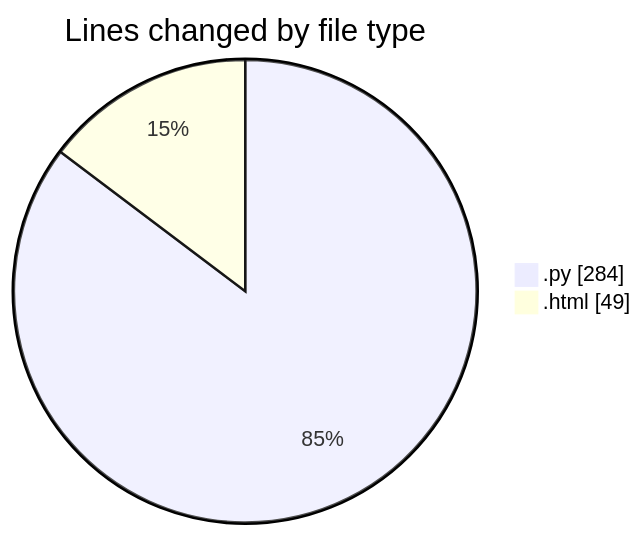
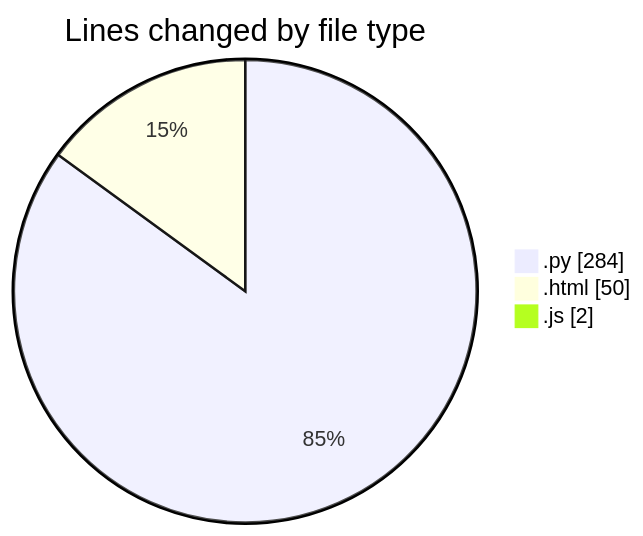
One commit to Ritupan-Deka/code-tracking changed the first of 2 diagrams in 2025-01-21/projects/README.md. Above: the diagram before and after it, drawn with Mermaid. The commit also changed other lines of this file and 1 other file, not shown here.

````diff
--- a/2025-01-21/projects/README.md
+++ b/2025-01-21/projects/README.md
@@ -24,6 +27,7 @@
 ```mermaid
 pie showData
 title Lines changed by file type
 ".py" : 284
-".html" : 49
+".html" : 50
+".js" : 2
 ```
````
